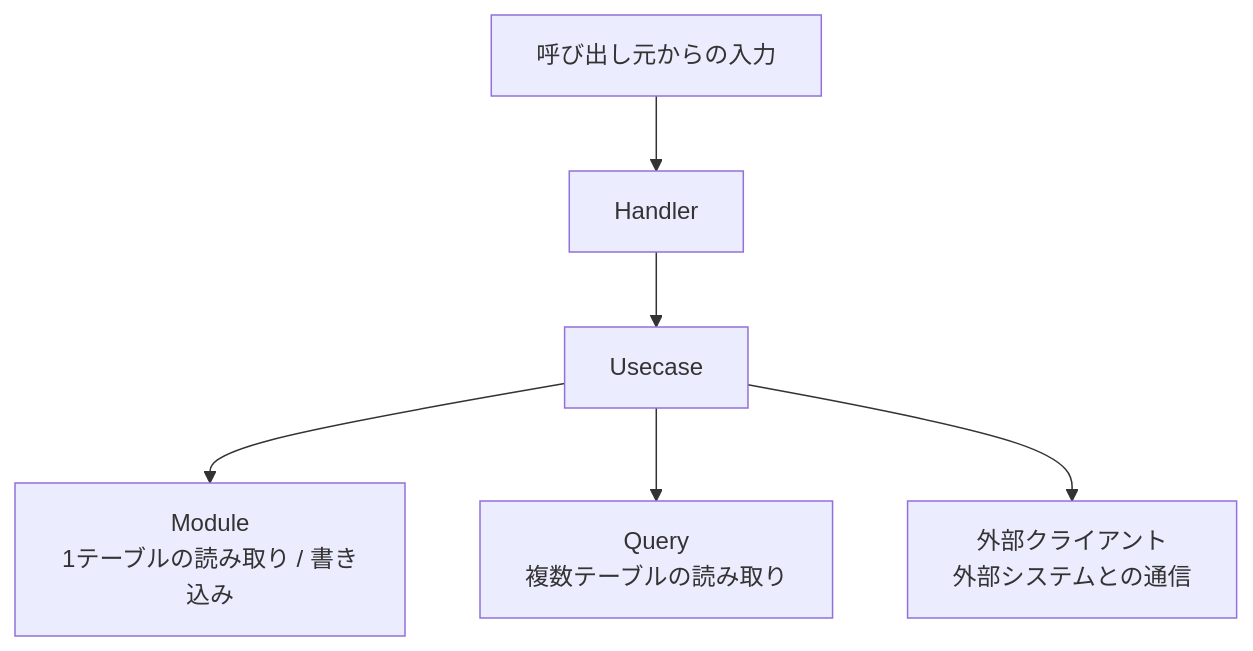
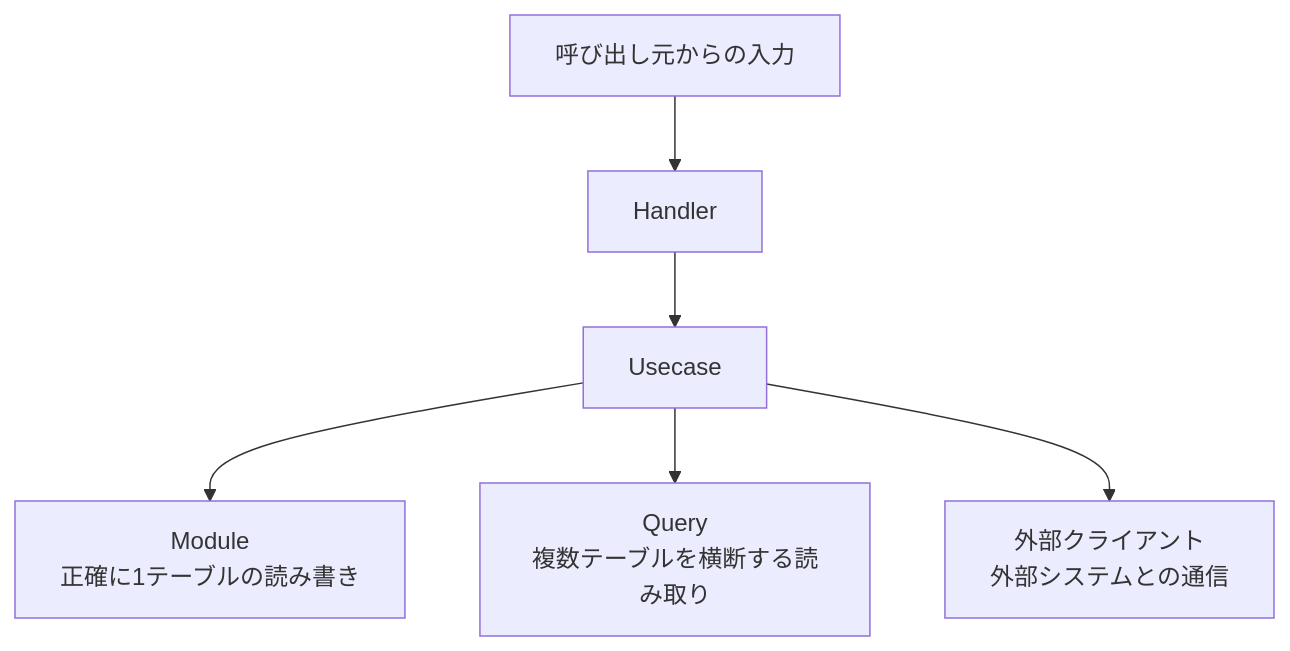
Before and after one commit to kodaimura/humq: the diagram in docs/01-overview.ja.md, drawn with Mermaid. The commit also changed other lines of this file and 15 other files, not shown here.

````diff
--- a/docs/01-overview.ja.md
+++ b/docs/01-overview.ja.md
@@ -30,8 +30,8 @@
 ```mermaid
 flowchart TD
     input["呼び出し元からの入力"] --> handler["Handler"]
     handler --> usecase["Usecase"]
-    usecase --> module["Module<br>1テーブルの読み取り / 書き込み"]
-    usecase --> query["Query<br>複数テーブルの読み取り"]
+    usecase --> module["Module<br>正確に1テーブルの読み書き"]
+    usecase --> query["Query<br>複数テーブルを横断する読み取り"]
     usecase --> client["外部クライアント<br>外部システムとの通信"]
 ```
````
